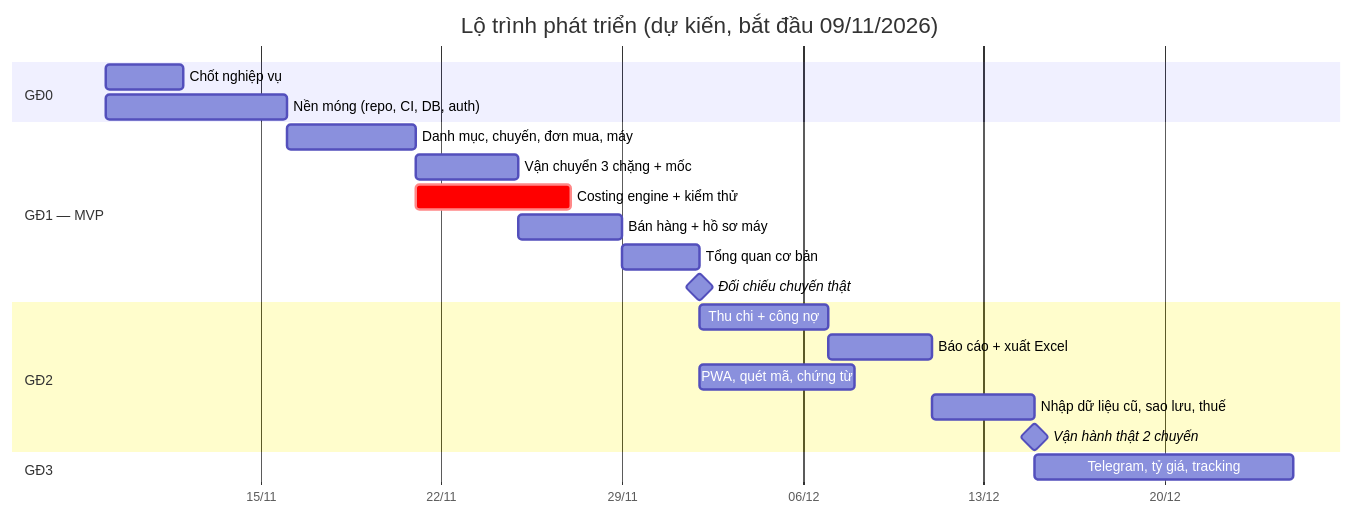
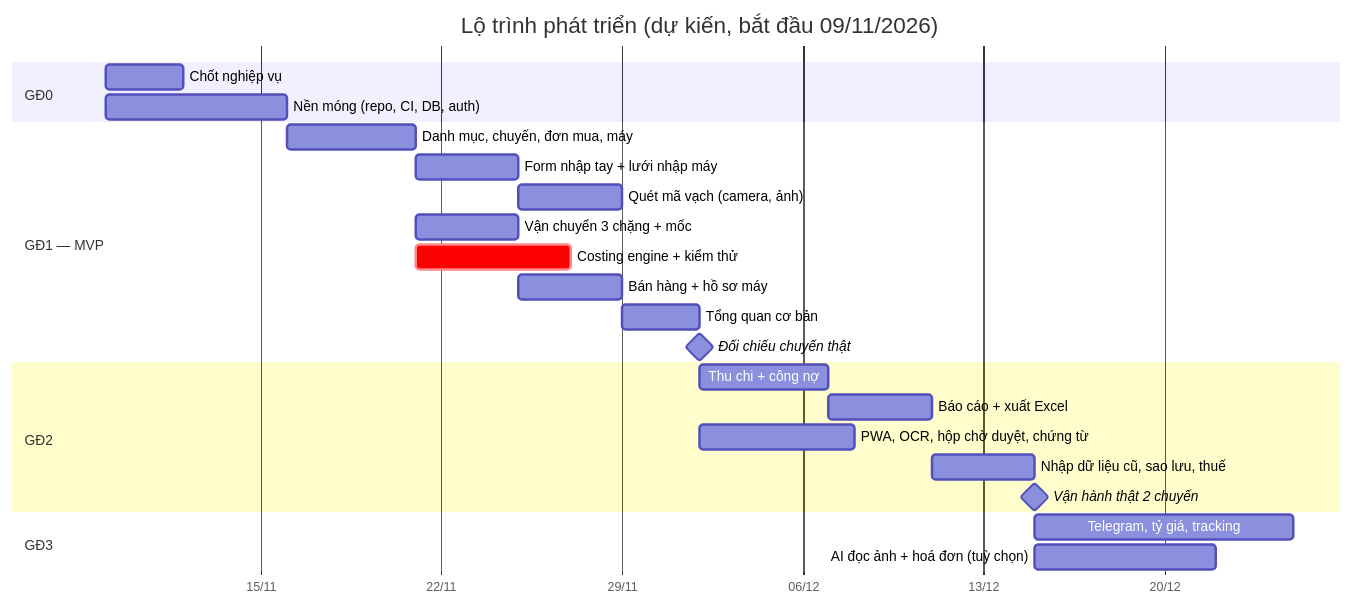
Before and after one commit to willmichco/iPre-He-Thong-Quan-Tri: the diagram in docs/06-lo-trinh-rui-ro-phap-ly.md, drawn with Mermaid. The commit also changed other lines of this file and 8 other files, not shown here.

First line of the commit message:
Thiết kế quét IMEI/Serial/mã máy bằng hình ảnh và khung nhập liệu tay

````diff
--- a/docs/06-lo-trinh-rui-ro-phap-ly.md
+++ b/docs/06-lo-trinh-rui-ro-phap-ly.md
@@ -12,24 +12,27 @@
 ```mermaid
 gantt
     title Lộ trình phát triển (dự kiến, bắt đầu 09/11/2026)
     dateFormat YYYY-MM-DD
     axisFormat %d/%m
     section GĐ0
     Chốt nghiệp vụ                 :g0a, 2026-11-09, 3d
     Nền móng (repo, CI, DB, auth)  :g0b, 2026-11-09, 7d
     section GĐ1 — MVP
     Danh mục, chuyến, đơn mua, máy :g1a, after g0b, 5d
+    Form nhập tay + lưới nhập máy  :g1f, after g1a, 4d
+    Quét mã vạch (camera, ảnh)     :g1g, after g1f, 4d
     Vận chuyển 3 chặng + mốc       :g1b, after g1a, 4d
     Costing engine + kiểm thử      :crit, g1c, after g1a, 6d
     Bán hàng + hồ sơ máy           :g1d, after g1b, 4d
-    Tổng quan cơ bản               :g1e, after g1d, 3d
+    Tổng quan cơ bản               :g1e, after g1g, 3d
     Đối chiếu chuyến thật          :milestone, m1, after g1e, 0d
     section GĐ2
     Thu chi + công nợ              :g2a, after g1e, 5d
     Báo cáo + xuất Excel           :g2b, after g2a, 4d
-    PWA, quét mã, chứng từ         :g2c, after g1e, 6d
+    PWA, OCR, hộp chờ duyệt, chứng từ :g2c, after g1e, 6d
     Nhập dữ liệu cũ, sao lưu, thuế :g2d, after g2b, 4d
     Vận hành thật 2 chuyến         :milestone, m2, after g2d, 0d
     section GĐ3
     Telegram, tỷ giá, tracking     :g3a, after g2d, 10d
+    AI đọc ảnh + hoá đơn (tuỳ chọn) :g3b, after g2d, 7d
 ```
````
